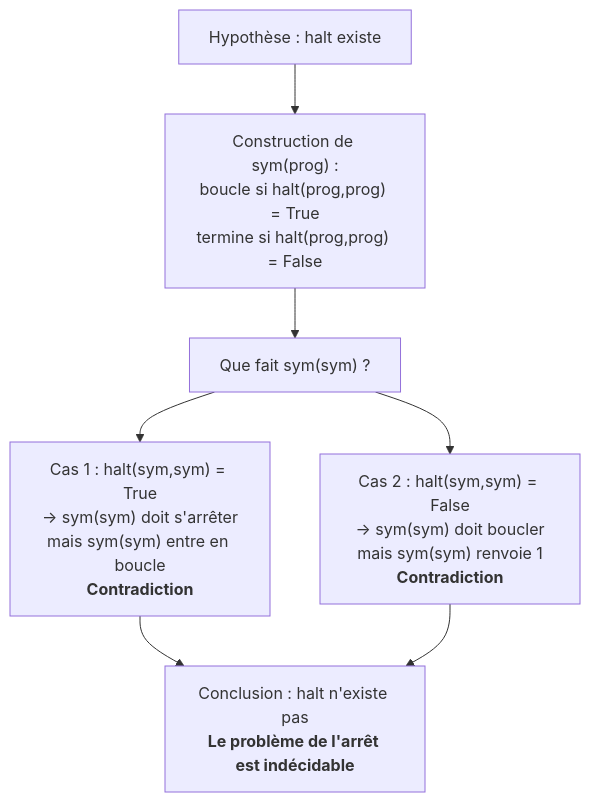
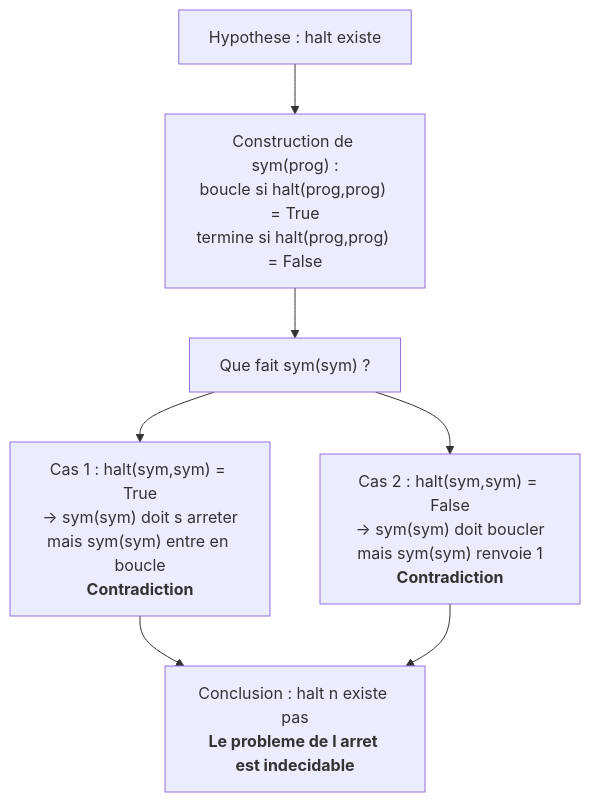
One commit to A-Jeaugey/revisions-NSI changed the diagram in docs/fiches/19_decidabilite_calculabilite.md. Above: the diagram before and after it, drawn with Mermaid. The commit also changed other lines of this file and 25 other files, not shown here.

````diff
--- a/docs/fiches/19_decidabilite_calculabilite.md
+++ b/docs/fiches/19_decidabilite_calculabilite.md
@@ -140,9 +137,9 @@
 ```mermaid
 flowchart TD
-    H["Hypothèse : halt existe"] --> S["Construction de sym(prog) :<br/>boucle si halt(prog,prog) = True<br/>termine si halt(prog,prog) = False"]
+    H["Hypothese : halt existe"] --> S["Construction de sym(prog) :<br/>boucle si halt(prog,prog) = True<br/>termine si halt(prog,prog) = False"]
     S --> Q["Que fait sym(sym) ?"]
-    Q --> C1["Cas 1 : halt(sym,sym) = True<br/>→ sym(sym) doit s'arrêter<br/>mais sym(sym) entre en boucle<br/><b>Contradiction</b>"]
-    Q --> C2["Cas 2 : halt(sym,sym) = False<br/>→ sym(sym) doit boucler<br/>mais sym(sym) renvoie 1<br/><b>Contradiction</b>"]
-    C1 --> CCL["Conclusion : halt n'existe pas<br/><b>Le problème de l'arrêt est indécidable</b>"]
+    Q --> C1["Cas 1 : halt(sym,sym) = True<br/>-> sym(sym) doit s arreter<br/>mais sym(sym) entre en boucle<br/><b>Contradiction</b>"]
+    Q --> C2["Cas 2 : halt(sym,sym) = False<br/>-> sym(sym) doit boucler<br/>mais sym(sym) renvoie 1<br/><b>Contradiction</b>"]
+    C1 --> CCL["Conclusion : halt n existe pas<br/><b>Le probleme de l arret est indecidable</b>"]
     C2 --> CCL
 ```
````
